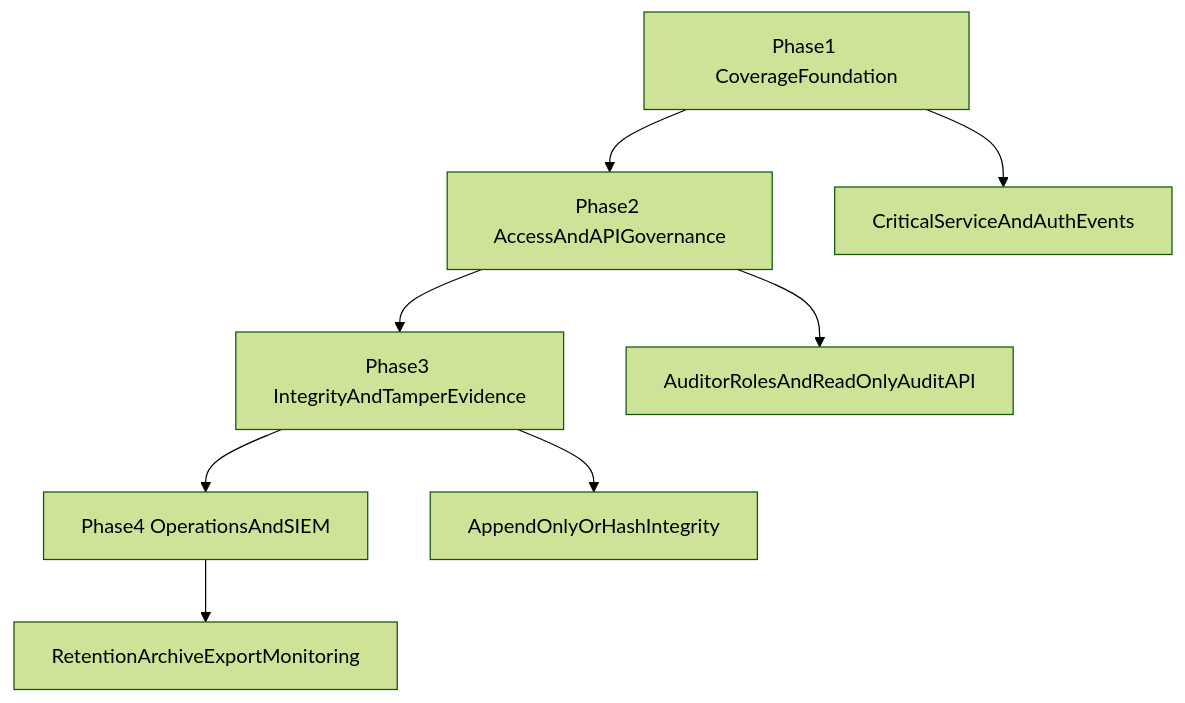
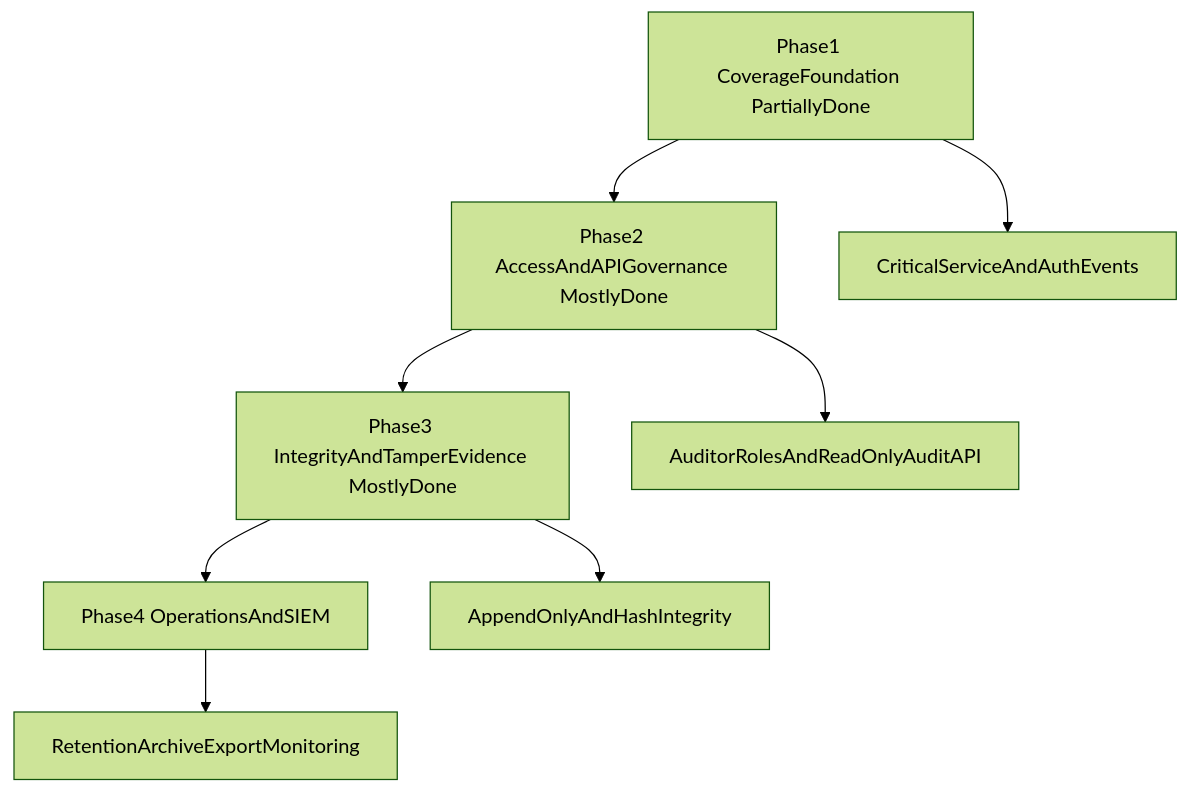
One commit to jand94/jdienst changed the diagram in docs/backend/common/audit-roadmap.md. Above: the diagram before and after it, drawn with Mermaid (forest theme). The commit also changed other lines of this file and 34 other files, not shown here.

````diff
--- a/docs/backend/common/audit-roadmap.md
+++ b/docs/backend/common/audit-roadmap.md
@@ -16,11 +16,11 @@
 ```mermaid
 flowchart TD
-    phase1[Phase1 CoverageFoundation] --> phase2[Phase2 AccessAndAPIGovernance]
-    phase2 --> phase3[Phase3 IntegrityAndTamperEvidence]
+    phase1[Phase1 CoverageFoundation PartiallyDone] --> phase2[Phase2 AccessAndAPIGovernance MostlyDone]
+    phase2 --> phase3[Phase3 IntegrityAndTamperEvidence MostlyDone]
     phase3 --> phase4[Phase4 OperationsAndSIEM]
 
     phase1 --> c1[CriticalServiceAndAuthEvents]
     phase2 --> c2[AuditorRolesAndReadOnlyAuditAPI]
-    phase3 --> c3[AppendOnlyOrHashIntegrity]
+    phase3 --> c3[AppendOnlyAndHashIntegrity]
     phase4 --> c4[RetentionArchiveExportMonitoring]
 ```
````
